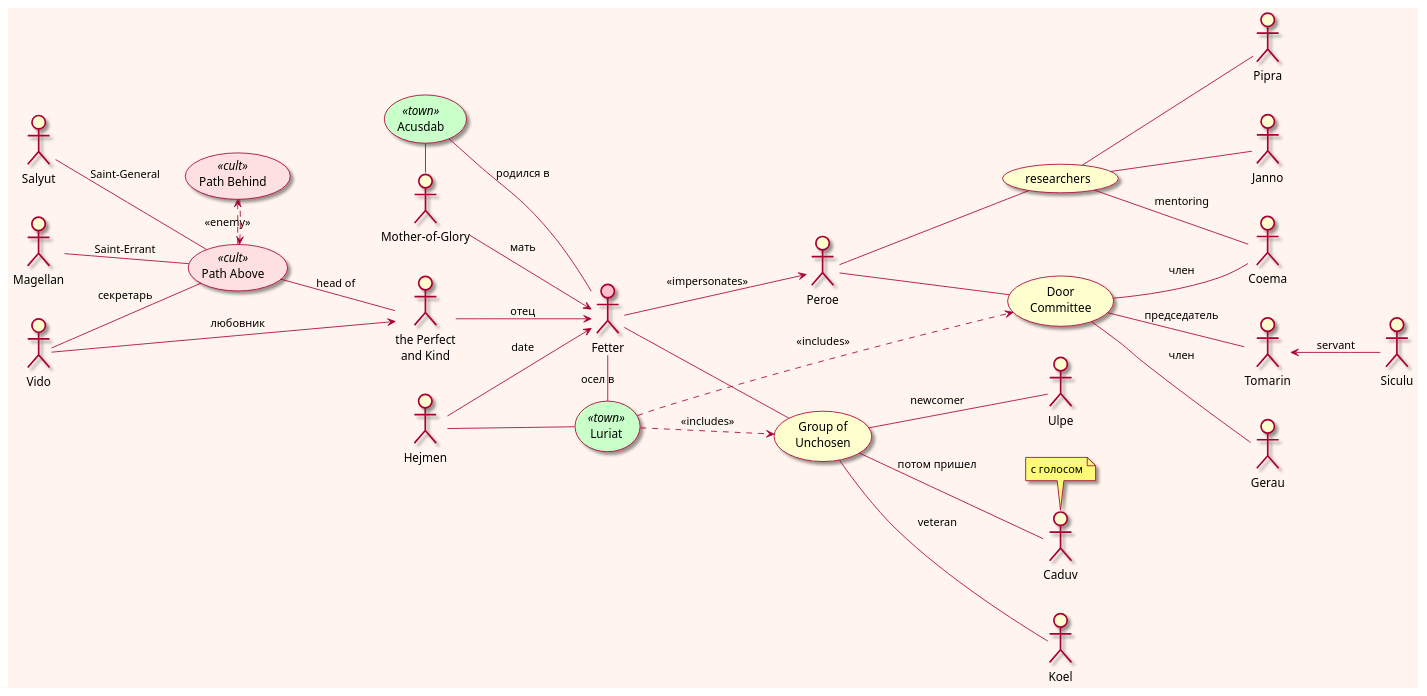
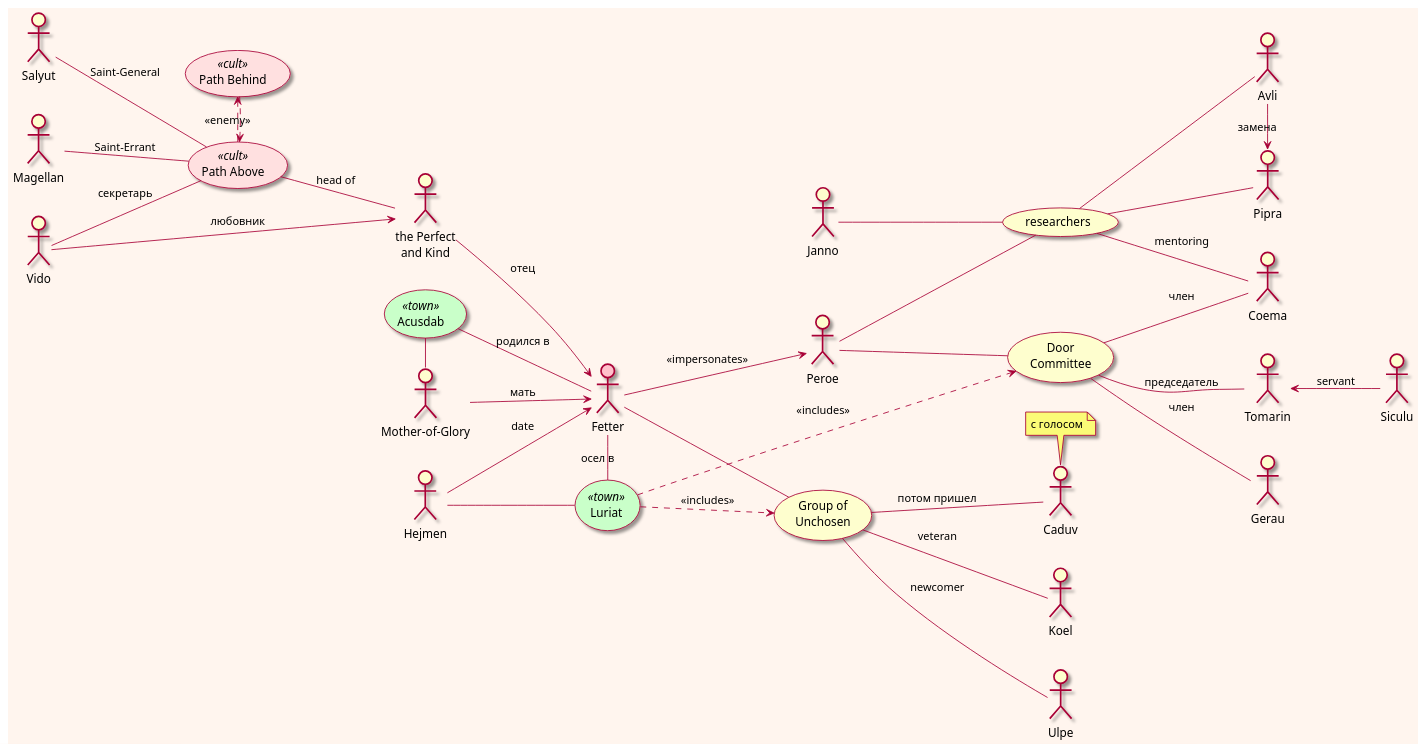
One commit to olek3/reading changed the diagram in The Saint of Bright Doors/The Saint of Bright Doors.puml. Above: the diagram before and after it, drawn with PlantUML. The commit also changed 1 other file, not shown here.

```diff
--- a/The Saint of Bright Doors/The Saint of Bright Doors.puml
+++ b/The Saint of Bright Doors/The Saint of Bright Doors.puml
@@ -1,101 +1,105 @@
 @startuml
 
 'left to right direction
 skin rose
 skinparam backgroundcolor seashell
 skinparam wrapwidth 100
 left to right direction
 skinparam usecase<<town>>backgroundcolor technology
 skinparam usecase<<cult>>backgroundcolor implementation
 
 ' Chapter 1
 
 :Fetter: as fetter #pink
 
 :Mother-of-Glory: as mother
 
 :the Perfect and Kind: as father
 
 
 mother --> fetter : мать
 father --> fetter : отец
 
 (Acusdab) <<town>>
 
 (Acusdab) - mother
 (Acusdab) - fetter : родился в
 
 ' Chapter 3
 :Hejmen: as hejmen
 
 hejmen --> fetter : date
 
 (Luriat) as luriat <<town>>
 
 hejmen -- luriat
 fetter - luriat : осел в
 
 (Group of Unchosen) as group
 
 fetter -- group
 
 luriat ..> group : <<includes>>
 
 :Koel:
 :Ulpe:
 
 group -- :Koel: : veteran
 group -- :Ulpe: : newcomer
 
 ' Chapter 4
 
 group -- :Caduv: : потом пришел
 
 note "с голосом"  as caduvNote
 caduvNote . :Caduv:
 
 ' Chapter 7
 
 (Path Above) as above <<cult>>
 (Path Behind) as behind <<cult>>
 above .> behind : <<enemy>>
 behind .> above
 
 above -- father : head of
 
 Salyut -- above : Saint-General
 
 
 ' Chapter 8
 :Peroe:
 
 fetter --> :Peroe: : <<impersonates>>
 
 :Peroe: -- (Door Committee )
 
 
 (Door Committee ) -- :Tomarin: : председатель
 :Tomarin: <-- :Siculu: : servant
 
 luriat ...> (Door Committee ) : <<includes>>
 
 (Door Committee ) -- :Gerau: : член
 (Door Committee ) -- :Coema: : член
 
 (researchers) -- :Coema: : mentoring
 (researchers) -- :Pipra:
 
 :Peroe: -- (researchers)
 
 ' Chapter 9
 
-(researchers) -- :Janno:
+:Janno: -- (researchers)
 
 ' Chapter 12
 
 :Magellan: -- above : Saint-Errant
 :Vido: -- above : секретарь
 
 :Vido: --> father : любовник
 
+(researchers) -- :Avli:
+
+:Avli: -> :Pipra: : замена
+
 @enduml
```
